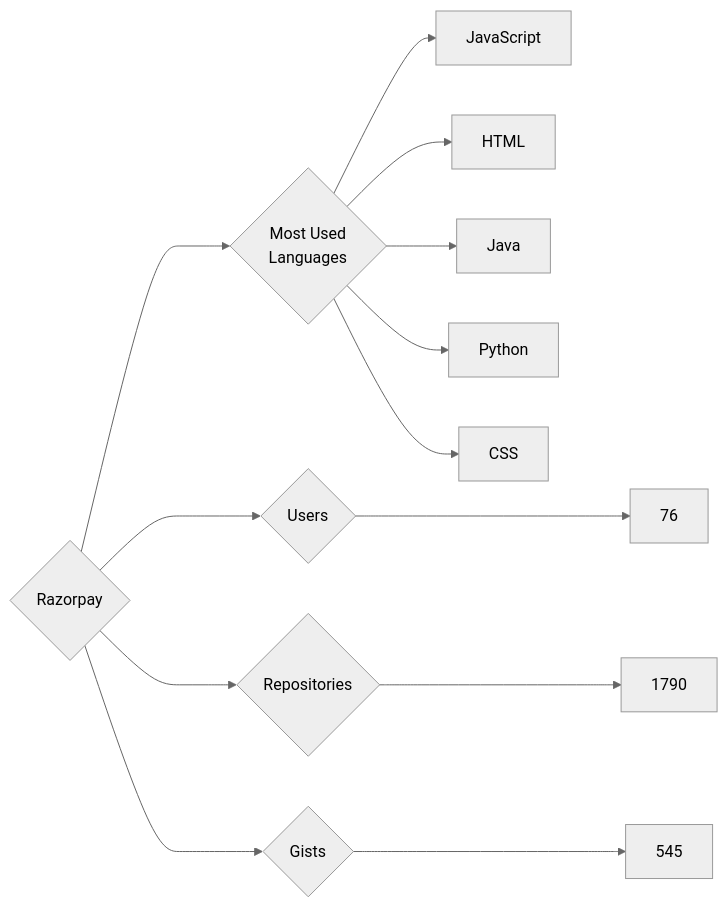
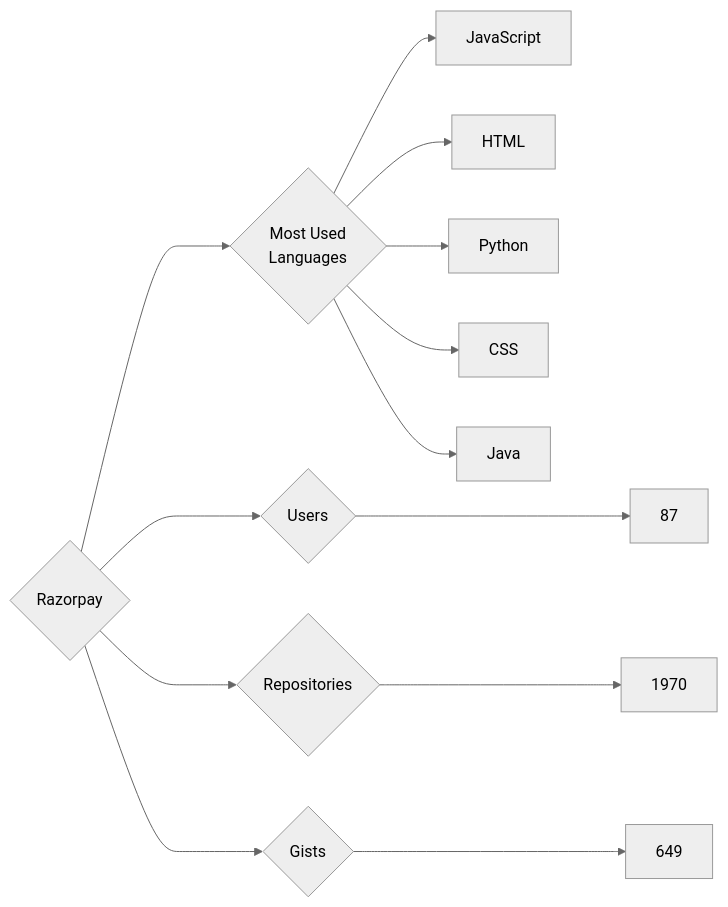
One commit to trickest/insiders changed the diagram in targets/Razorpay/README.md. Above: the diagram before and after it, drawn with Mermaid (neutral theme). The commit also changed 955 other files, not shown here.

````diff
--- a/targets/Razorpay/README.md
+++ b/targets/Razorpay/README.md
@@ -3,13 +3,13 @@
 ```mermaid
 graph LR
 COMPANY_NAME{Razorpay}
-COMPANY_NAME ---> U{Users} ---> UN[76]
-COMPANY_NAME ---> R{Repositories} ---> RN[1790]
-COMPANY_NAME ---> G{Gists} ---> GN[545]
+COMPANY_NAME ---> U{Users} ---> UN[87]
+COMPANY_NAME ---> R{Repositories} ---> RN[1970]
+COMPANY_NAME ---> G{Gists} ---> GN[649]
 COMPANY_NAME ---> ML{Most Used<br>Languages}
 ML --> JavaScript[JavaScript]
 ML --> HTML[HTML]
-ML --> Java[Java]
 ML --> Python[Python]
 ML --> CSS[CSS]
+ML --> Java[Java]
 ```
````
